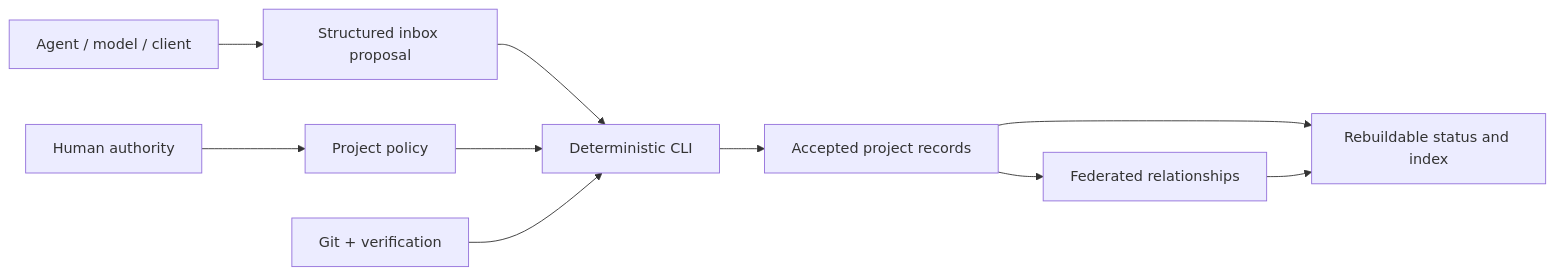
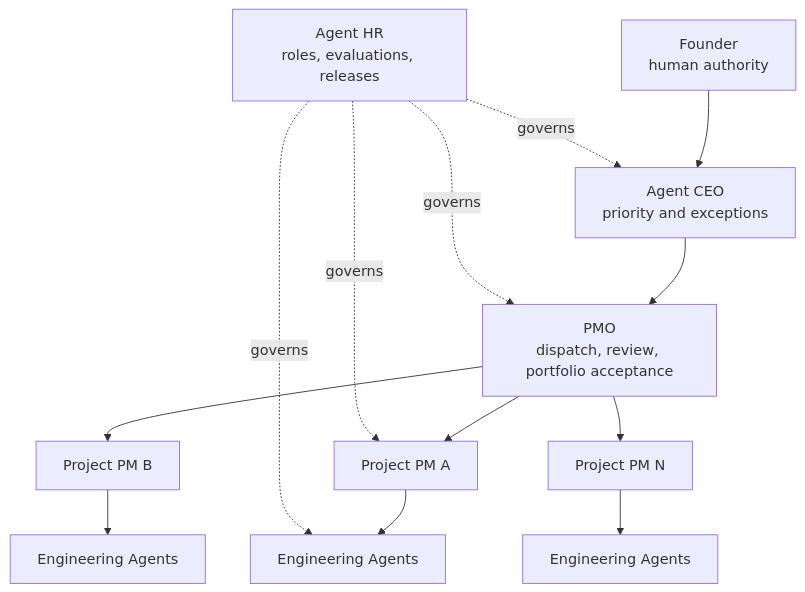
One commit to Jinchengawu/Agent-Project-OS changed the diagram in README.md. Above: the diagram before and after it, drawn with Mermaid. The commit also changed other lines of this file and 120 other files, not shown here.

Commit message:
feat: complete Agent Project OS v0.4.0a1

````diff
--- a/README.md
+++ b/README.md
@@ -28,12 +28,15 @@
 ```mermaid
-flowchart LR
-  H["Human authority"] --> P["Project policy"]
-  A["Agent / model / client"] --> I["Structured inbox proposal"]
-  I --> C["Deterministic CLI"]
-  P --> C
-  G["Git + verification"] --> C
-  C --> R["Accepted project records"]
-  R --> F["Federated relationships"]
-  R --> X["Rebuildable status and index"]
-  F --> X
+flowchart TB
+  F["Founder<br/>human authority"] --> CEO["Agent CEO<br/>priority and exceptions"]
+  CEO --> PMO["PMO<br/>dispatch, review, portfolio acceptance"]
+  PMO --> PM1["Project PM A"]
+  PMO --> PM2["Project PM B"]
+  PMO --> PMN["Project PM N"]
+  PM1 --> E1["Engineering Agents"]
+  PM2 --> E2["Engineering Agents"]
+  PMN --> EN["Engineering Agents"]
+  HR["Agent HR<br/>roles, evaluations, releases"] -. governs .-> CEO
+  HR -. governs .-> PMO
+  HR -. governs .-> PM1
+  HR -. governs .-> E1
 ```
````
